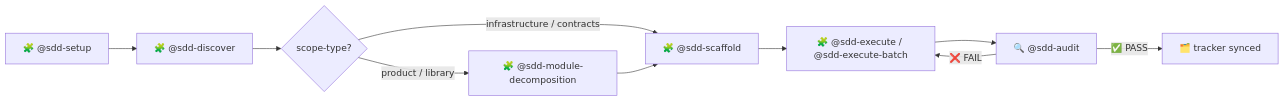
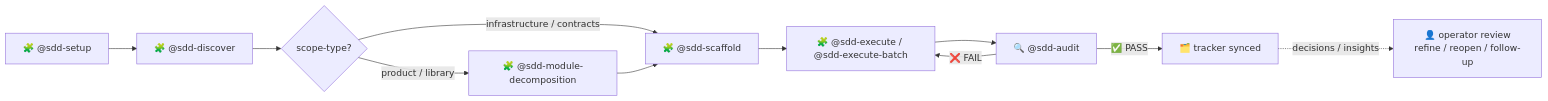
Before and after one commit to RubaXa/gennady: the first of 8 diagrams in docs/sdd-flow.md, drawn with Mermaid. The commit also changed other lines of this file and 27 other files, not shown here.

````diff
--- a/docs/sdd-flow.md
+++ b/docs/sdd-flow.md
@@ -64,12 +64,13 @@
 ```mermaid
 flowchart LR
     A["🧩 @sdd-setup"] --> B["🧩 @sdd-discover"]
     B --> C{"scope-type?"}
     C -->|product / library| D["🧩 @sdd-module-decomposition"]
     C -->|infrastructure / contracts| E
     D --> E["🧩 @sdd-scaffold"]
     E --> F["🧩 @sdd-execute / @sdd-execute-batch"]
     F --> G["🔍 @sdd-audit"]
     G -->|❌ FAIL| F
     G -->|✅ PASS| H["🗂️ tracker synced"]
+    H -. decisions / insights .-> R["👤 operator review\nrefine / reopen / follow-up"]
 ```
````
